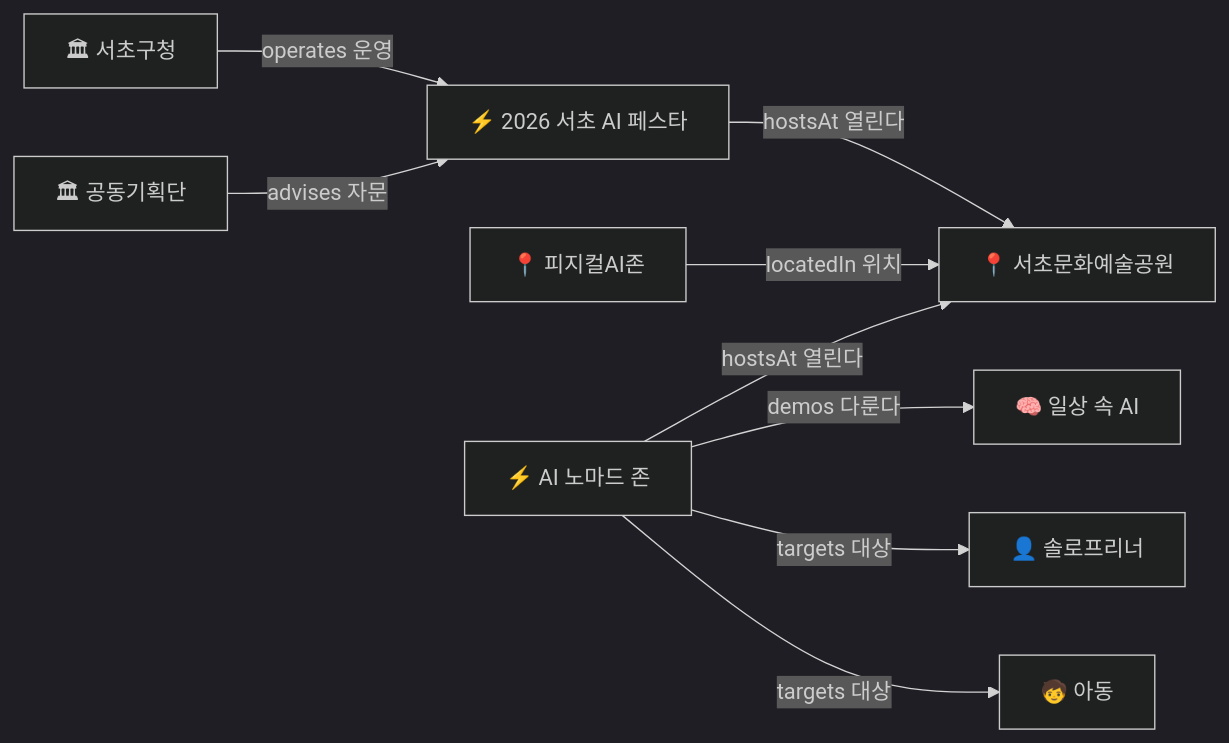
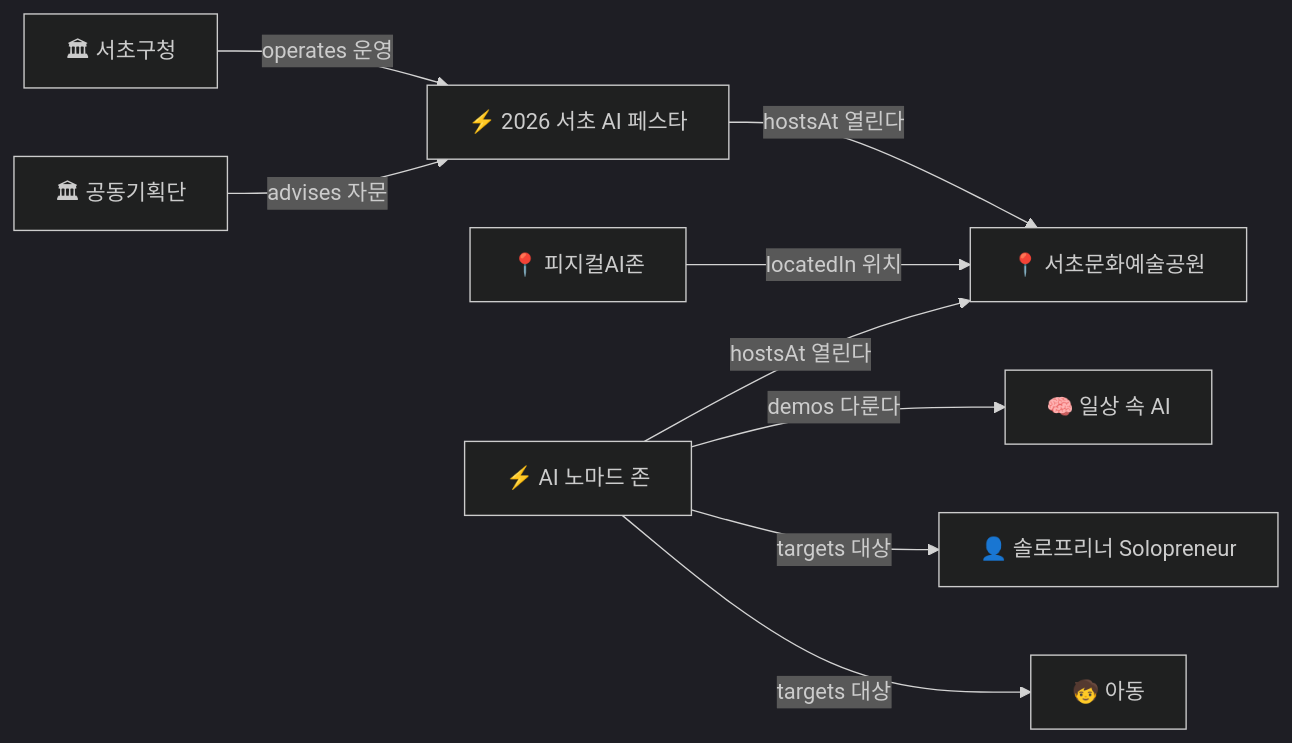
One commit to Celine96/ontology-study changed the diagram in seocho-mini-ontology/README.md. Above: the diagram before and after it, drawn with Mermaid (dark theme).

Commit message:
그래프 node id solo→solopreneur (의미 보존: Solopreneur)

````diff
--- a/seocho-mini-ontology/README.md
+++ b/seocho-mini-ontology/README.md
@@ -22,11 +22,11 @@
 ```mermaid
 graph LR
   org_gu["🏛 서초구청"] -->|operates 운영| fest["⚡ 2026 서초 AI 페스타"]
   fest -->|hostsAt 열린다| park["📍 서초문화예술공원"]
   zone["📍 피지컬AI존"] -->|locatedIn 위치| park
   com["🏛 공동기획단"] -->|advises 자문| fest
   nomad["⚡ AI 노마드 존"] -->|hostsAt 열린다| park
   nomad -->|demos 다룬다| topic["🧠 일상 속 AI"]
-  nomad -->|targets 대상| solo["👤 솔로프리너"]
+  nomad -->|targets 대상| solopreneur["👤 솔로프리너 Solopreneur"]
   nomad -->|targets 대상| kids["🧒 아동"]
 ```
````
